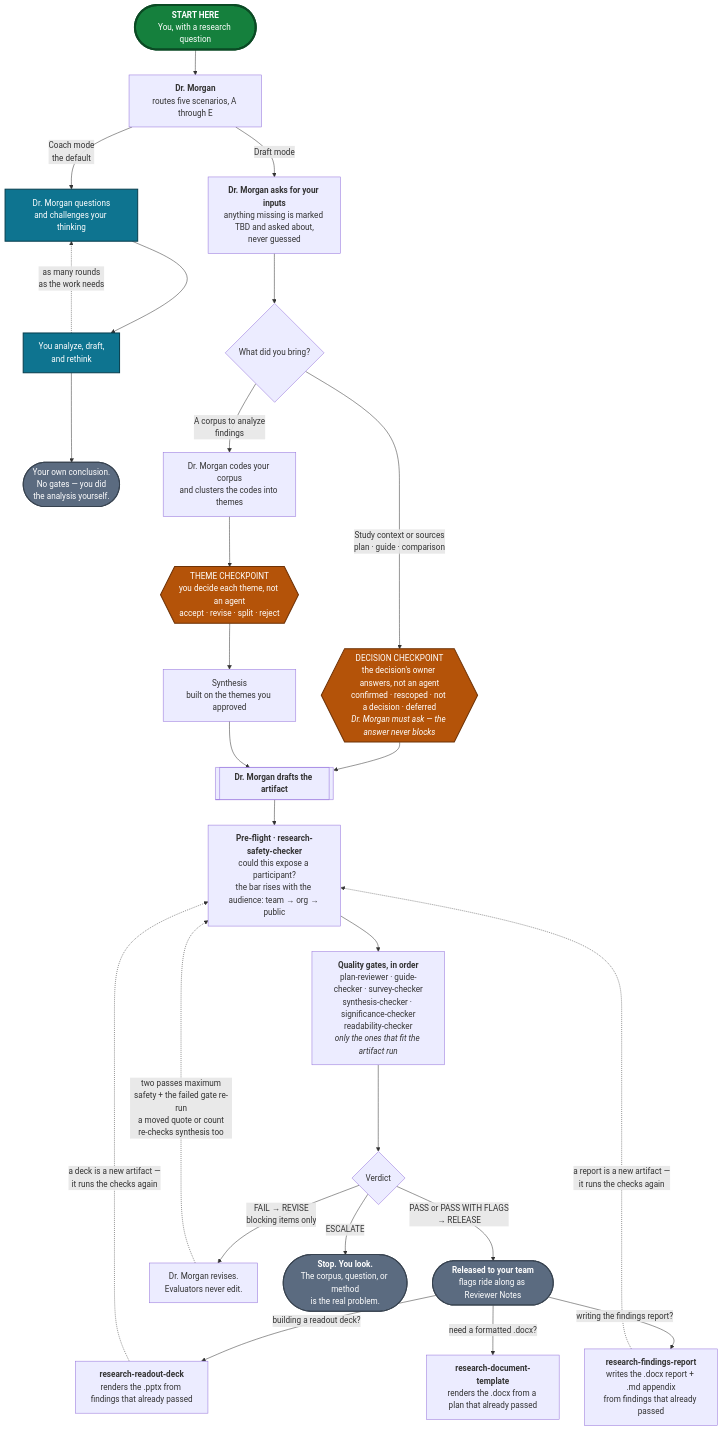
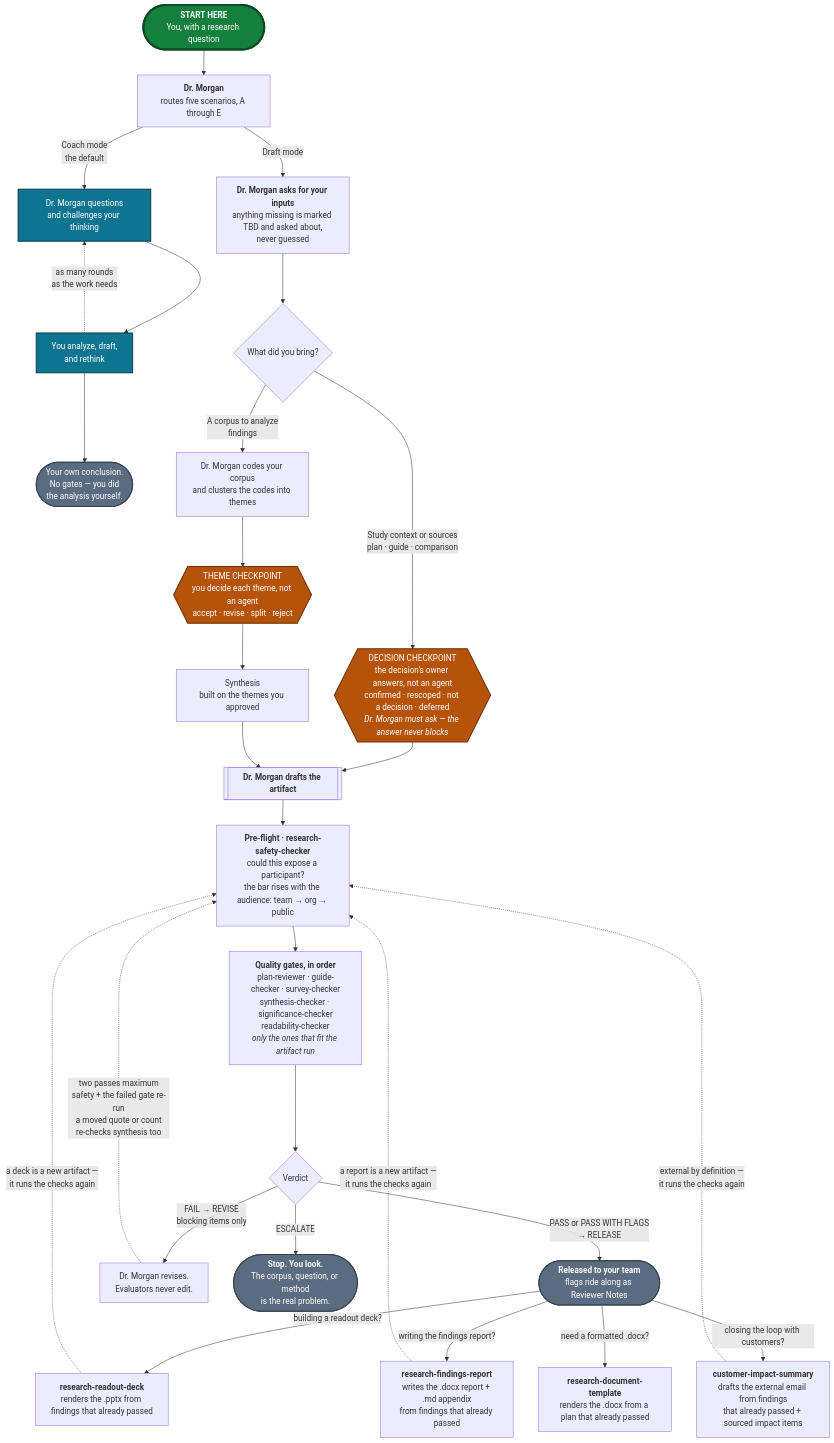
The diagram in README.md (kirstenhosic/UX-Research-Skills-IBM-Secure), drawn with Mermaid before and after one commit. The commit also changed other lines of this file and 13 other files, not shown here.

````diff
--- a/README.md
+++ b/README.md
@@ -230,56 +248,59 @@
 ```mermaid
 flowchart TD
     START(["<b>START HERE</b><br/>You, with a research question"])
     START --> DM
 
     DM["<b>Dr. Morgan</b><br/>routes five scenarios, A through E"]
 
     DM -->|"Coach mode<br/>the default"| COACH["Dr. Morgan questions<br/>and challenges your thinking"]
     COACH --> WORK["You analyze, draft,<br/>and rethink"]
     WORK -.->|"as many rounds<br/>as the work needs"| COACH
     WORK --> ENDC(["Your own conclusion.<br/>No gates — you did<br/>the analysis yourself."])
 
     DM -->|"Draft mode"| IN["<b>Dr. Morgan asks for your inputs</b><br/>anything missing is marked TBD and asked about,<br/>never guessed"]
     IN --> Q{"What did you bring?"}
 
     ART[["<b>Dr. Morgan drafts the artifact</b>"]]
     CL["Dr. Morgan codes your corpus<br/>and clusters the codes into themes"]
 
     Q -->|"Study context or sources<br/>plan · guide · comparison"| DC
     Q -->|"A corpus to analyze<br/>findings"| CL
 
     DC{{"DECISION CHECKPOINT<br/>the decision's owner answers, not an agent<br/>confirmed · rescoped · not a decision · deferred<br/><i>Dr. Morgan must ask — the answer never blocks</i>"}}
     DC --> ART
 
     CL --> TC{{"THEME CHECKPOINT<br/>you decide each theme, not an agent<br/>accept · revise · split · reject"}}
     TC --> SY["Synthesis<br/>built on the themes you approved"]
     SY --> ART
 
     ART --> PF["<b>Pre-flight · research-safety-checker</b><br/>could this expose a participant?<br/>the bar rises with the audience: team → org → public"]
     PF --> G["<b>Quality gates, in order</b><br/>plan-reviewer · guide-checker · survey-checker<br/>synthesis-checker · significance-checker<br/>readability-checker<br/><i>only the ones that fit the artifact run</i>"]
     G --> V{"Verdict"}
 
     V -->|"PASS or PASS WITH FLAGS<br/>→ RELEASE"| ENDR(["<b>Released to your team</b><br/>flags ride along as Reviewer Notes"])
 
     V -->|"FAIL → REVISE<br/>blocking items only"| RV["Dr. Morgan revises.<br/>Evaluators never edit."]
     RV -.->|"two passes maximum<br/>safety + the failed gate re-run<br/>a moved quote or count<br/>re-checks synthesis too"| PF
 
     V -->|"ESCALATE"| ENDE(["<b>Stop. You look.</b><br/>The corpus, question, or method<br/>is the real problem."])
 
     ENDR -->|"building a readout deck?"| SK["<b>research-readout-deck</b><br/>renders the .pptx from findings that already passed"]
     SK -.->|"a deck is a new artifact —<br/>it runs the checks again"| PF
 
     ENDR -->|"writing the findings report?"| RPT["<b>research-findings-report</b><br/>writes the .docx report + .md appendix<br/>from findings that already passed"]
     RPT -.->|"a report is a new artifact —<br/>it runs the checks again"| PF
 
+    ENDR -->|"closing the loop with customers?"| CIS["<b>customer-impact-summary</b><br/>drafts the external email from findings<br/>that already passed + sourced impact items"]
+    CIS -.->|"external by definition —<br/>it runs the checks again"| PF
+
     ENDR -->|"need a formatted .docx?"| DOC["<b>research-document-template</b><br/>renders the .docx from a plan that already passed"]
 
     classDef entry  fill:#15803D,stroke:#0B4A24,stroke-width:4px,color:#FFFFFF
     classDef coach  fill:#0E7490,stroke:#083F4F,stroke-width:2px,color:#FFFFFF
     classDef human  fill:#B45309,stroke:#6E3206,stroke-width:2px,color:#FFFFFF
     classDef ending fill:#5B6B80,stroke:#37424F,stroke-width:2px,color:#FFFFFF
     class START entry
     class COACH,WORK coach
     class TC,DC human
     class ENDC,ENDR,ENDE ending
 ```
````
